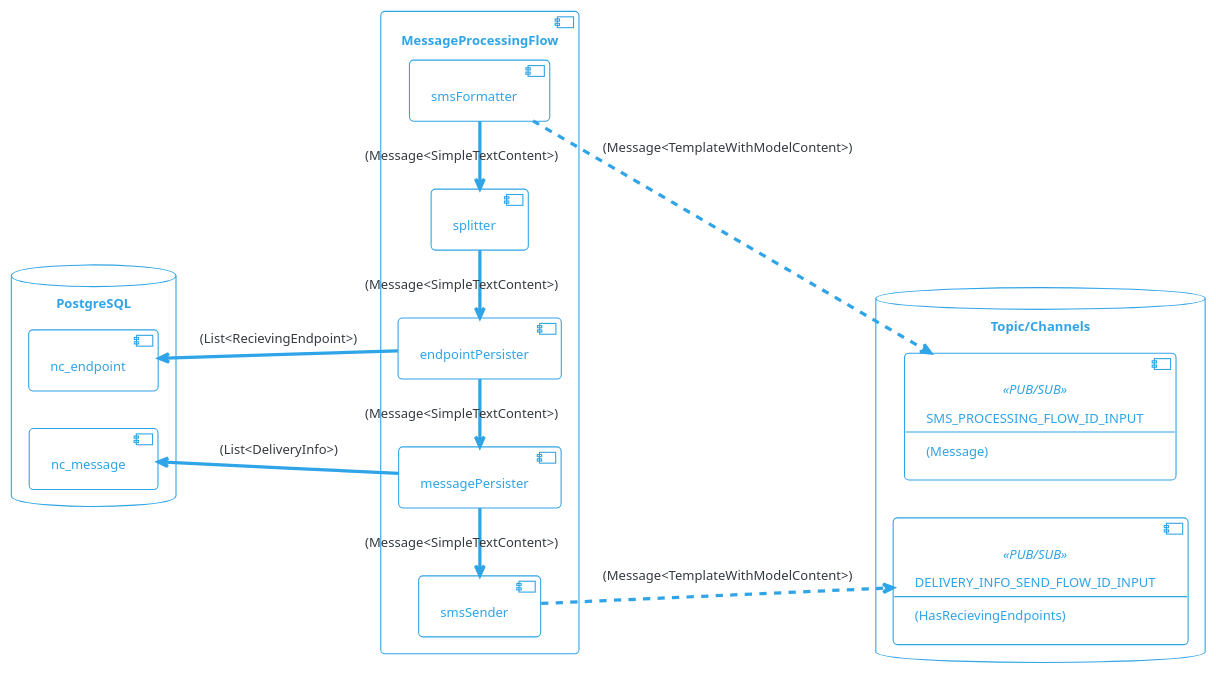
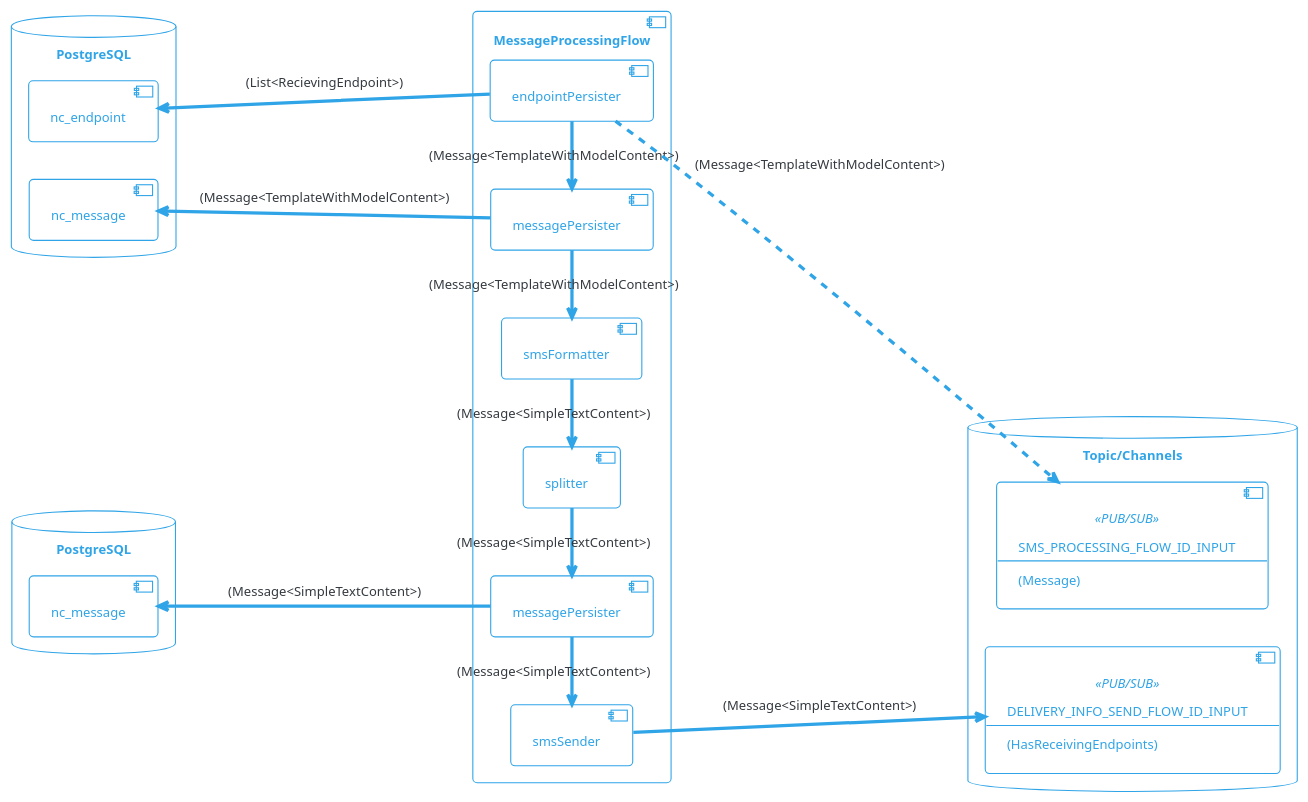
One commit to com-obj/notiflow changed the diagram in diagrams/src/sms-processing-flow.puml. Above: the diagram before and after it, drawn with PlantUML. The commit also changed 51 other files, not shown here.

```diff
--- a/diagrams/src/sms-processing-flow.puml
+++ b/diagrams/src/sms-processing-flow.puml
@@ -1,54 +1,62 @@
 @startuml
 
 !theme cerulean-outline
 
 left to right direction
 
 skinparam backgroundcolor White
 skinparam component {
     backgroundColor<<user defined>> LightGray
 }
 
-database "PostgreSQL" {
+database "PostgreSQL" as pg1 {
     [nc_message]
     [nc_endpoint]
+}
+
+database "PostgreSQL" as pg2 {
+    [nc_message] as nc_message2
 }
 
 database "Topic/Channels" {
     component SMS_PROCESSING_FLOW_ID_INPUT<<PUB/SUB>>[
         SMS_PROCESSING_FLOW_ID_INPUT
         --
         (Message)
     ]
 
     component DELIVERY_INFO_SEND_FLOW_ID_INPUT<<PUB/SUB>>  [
         DELIVERY_INFO_SEND_FLOW_ID_INPUT
         --
-        (HasRecievingEndpoints)
+        (HasReceivingEndpoints)
     ]
 
 }
 
 component "MessageProcessingFlow" {
+    [endpointPersister] as endpointPersister1
+    [messagePersister] as messagePersister1
     [smsFormatter]
     [splitter]
-    [endpointPersister]
-    [messagePersister]
+    [messagePersister] as messagePersister2
     [smsSender]
+    
+    endpointPersister1 -l-> messagePersister1 : (Message<TemplateWithModelContent>)
+    messagePersister1 -l-> smsFormatter : (Message<TemplateWithModelContent>)
+    smsFormatter -l-> splitter : (Message<SimpleTextContent>)
+    splitter -l-> messagePersister2 : (Message<SimpleTextContent>)
+    messagePersister2 -l--> smsSender: (Message<SimpleTextContent>)
 
-    smsFormatter -l-> splitter : (Message<SimpleTextContent>)
-    splitter -l-> endpointPersister : (Message<SimpleTextContent>)
-    endpointPersister -l-> messagePersister: (Message<SimpleTextContent>)
-    messagePersister -l--> smsSender: (Message<SimpleTextContent>)
+    endpointPersister1 ..> SMS_PROCESSING_FLOW_ID_INPUT : (Message<TemplateWithModelContent>) 
 
-    smsFormatter ..> SMS_PROCESSING_FLOW_ID_INPUT : (Message<TemplateWithModelContent>) 
+    messagePersister1 -u-> nc_message: (Message<TemplateWithModelContent>)
+    endpointPersister1 -u-> nc_endpoint: (List<RecievingEndpoint>)
+    
+    messagePersister2 -u-> nc_message2: (Message<SimpleTextContent>)
 
-    messagePersister -u-> nc_message: (List<DeliveryInfo>)
-    endpointPersister -u-> nc_endpoint: (List<RecievingEndpoint>)
-
-    smsSender ..> DELIVERY_INFO_SEND_FLOW_ID_INPUT : (Message<TemplateWithModelContent>) 
+    smsSender -> DELIVERY_INFO_SEND_FLOW_ID_INPUT : (Message<SimpleTextContent>) 
 
 }
 
 
 @enduml
```
